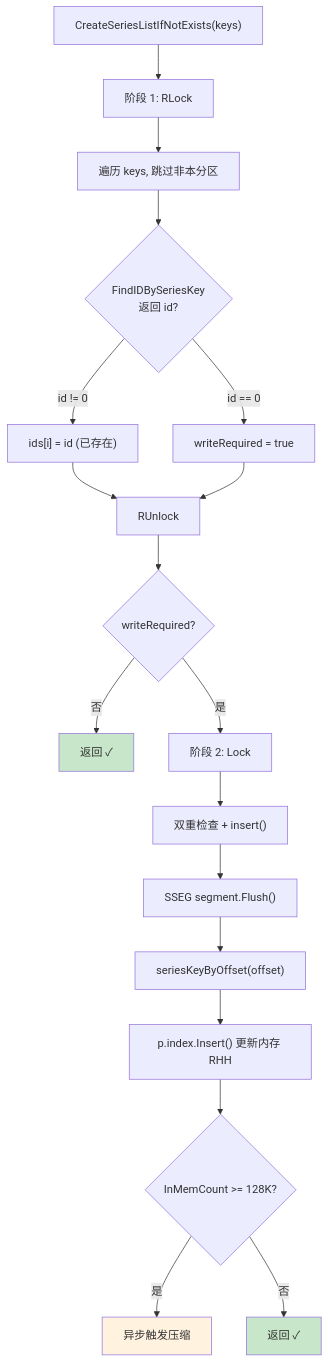
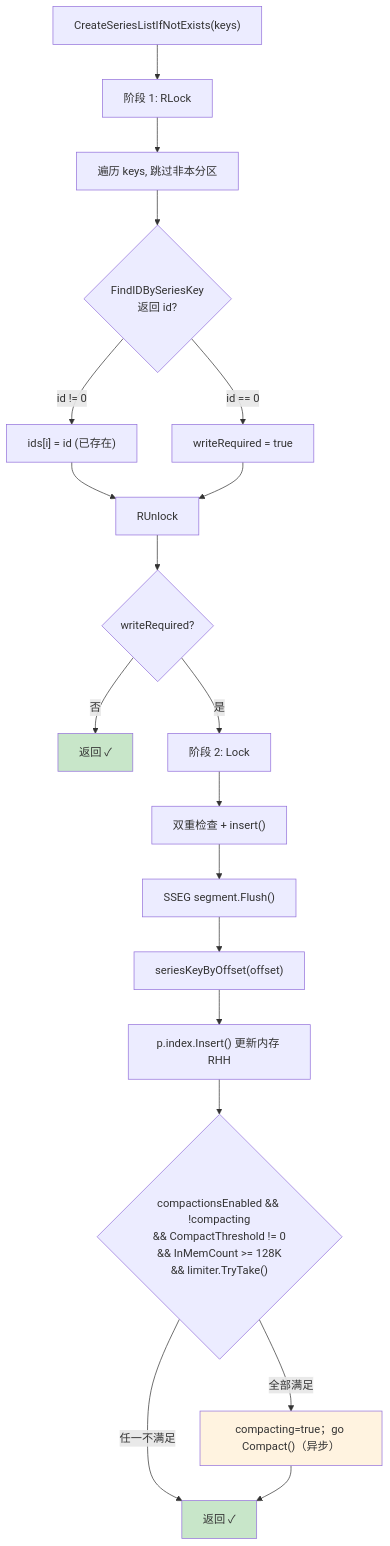
Before and after one commit to stefanv5/influxdb: diagram 15 of 21 in docs/specs/14_series_file_deep_dive_spec.md, drawn with Mermaid. The commit also changed other lines of this file and 18 other files, not shown here.

````diff
--- a/docs/specs/14_series_file_deep_dive_spec.md
+++ b/docs/specs/14_series_file_deep_dive_spec.md
@@ -1706,24 +1706,25 @@
 ```mermaid
 flowchart TD
     A["CreateSeriesListIfNotExists(keys)"] --> B["阶段 1: RLock"]
     B --> C["遍历 keys, 跳过非本分区"]
     C --> D{"FindIDBySeriesKey<br/>返回 id?"}
     D -->|"id != 0"| E["ids[i] = id (已存在)"]
     D -->|"id == 0"| F["writeRequired = true"]
     E --> G["RUnlock"]
     F --> G
     G --> H{"writeRequired?"}
     H -->|"否"| I["返回 ✓"]
     H -->|"是"| J["阶段 2: Lock"]
     J --> K["双重检查 + insert()"]
     K --> L["SSEG segment.Flush()"]
     L --> M["seriesKeyByOffset(offset)"]
     M --> N["p.index.Insert() 更新内存 RHH"]
-    N --> O{"InMemCount >= 128K?"}
-    O -->|"是"| P["异步触发压缩"]
-    O -->|"否"| Q["返回 ✓"]
+    N --> O{"compactionsEnabled && !compacting<br/>&& CompactThreshold != 0<br/>&& InMemCount >= 128K<br/>&& limiter.TryTake()"}
+    O -->|"全部满足"| P["compacting=true；go Compact()（异步）"]
+    O -->|"任一不满足"| Q["返回 ✓"]
+    P --> Q
 
     style I fill:#c8e6c9
     style Q fill:#c8e6c9
     style P fill:#fff3e0
 ```
````
